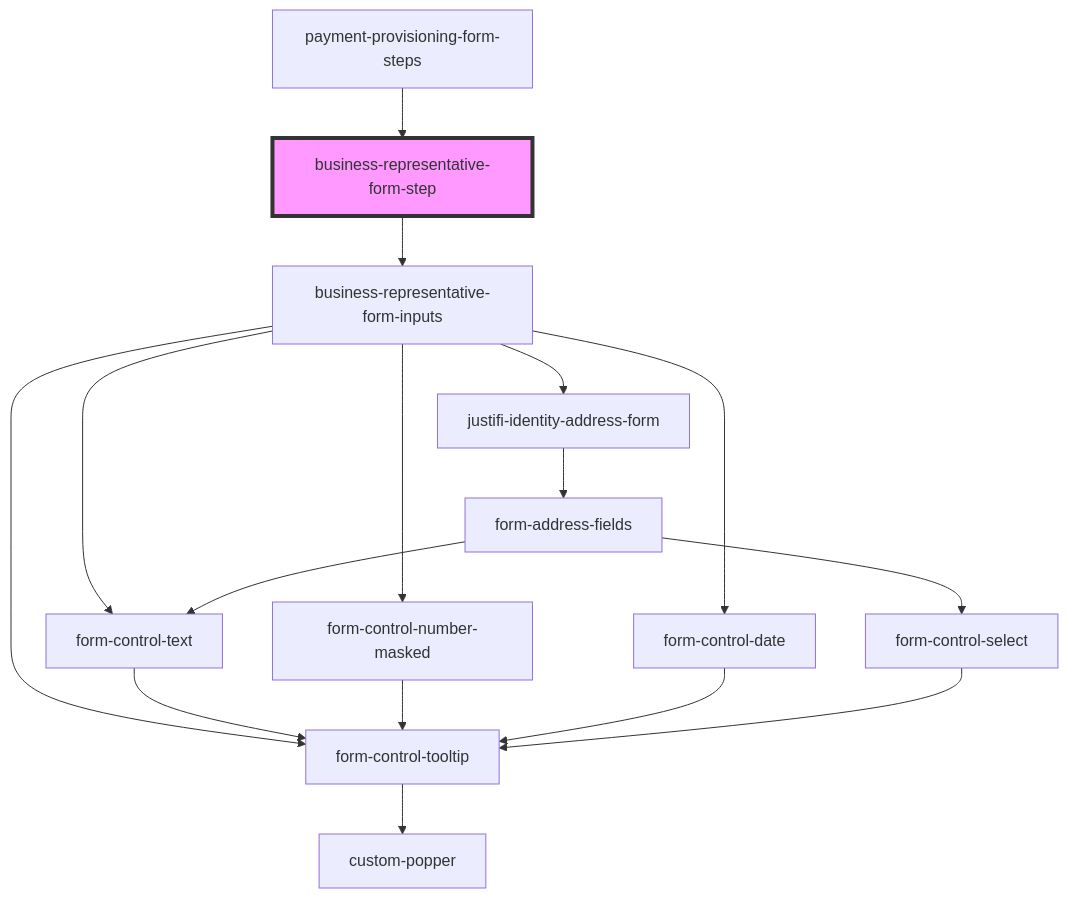
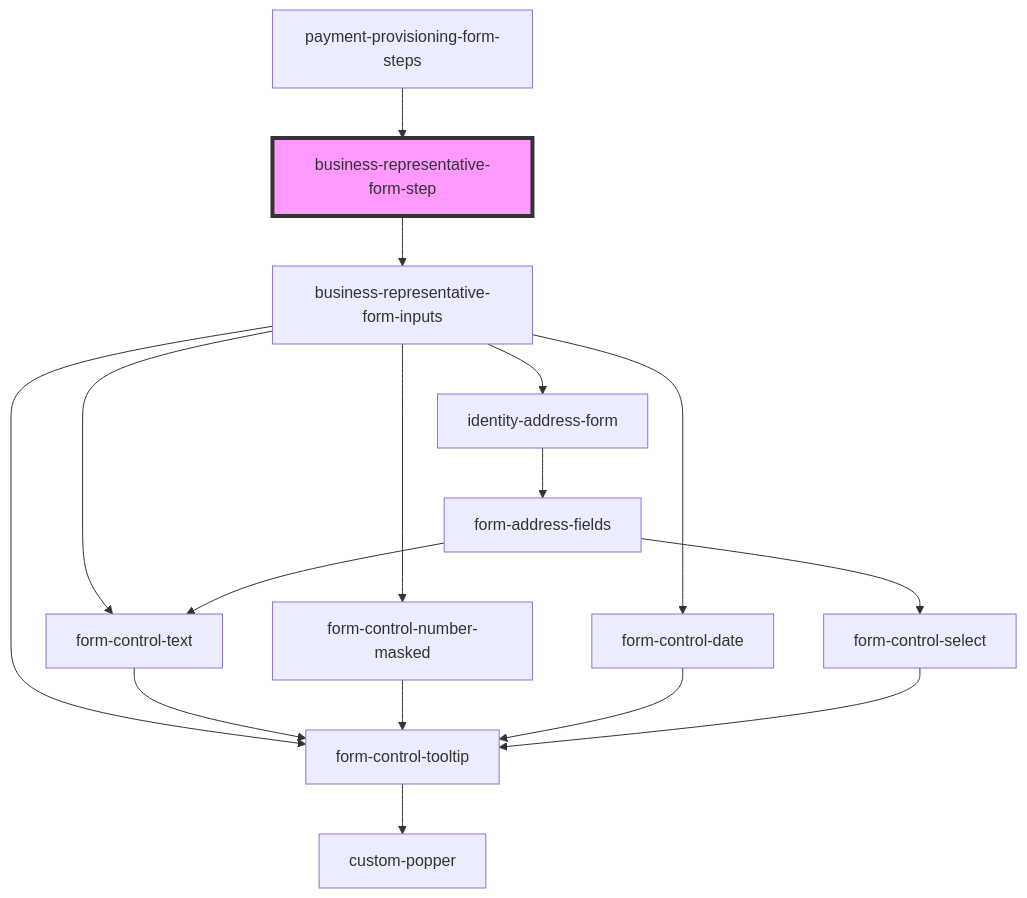
Before and after one commit to justifi-tech/web-component-library: the diagram in packages/webcomponents/src/components/business-forms/payment-provisioning/business-representative/README.md, drawn with Mermaid. The commit also changed 15 other files, not shown here.

````diff
--- a/packages/webcomponents/src/components/business-forms/payment-provisioning/business-representative/README.md
+++ b/packages/webcomponents/src/components/business-forms/payment-provisioning/business-representative/README.md
@@ -57,19 +57,19 @@
 ```mermaid
 graph TD;
   business-representative-form-step --> business-representative-form-inputs
   business-representative-form-inputs --> form-control-tooltip
   business-representative-form-inputs --> form-control-text
   business-representative-form-inputs --> form-control-number-masked
   business-representative-form-inputs --> form-control-date
-  business-representative-form-inputs --> justifi-identity-address-form
+  business-representative-form-inputs --> identity-address-form
   form-control-tooltip --> custom-popper
   form-control-text --> form-control-tooltip
   form-control-number-masked --> form-control-tooltip
   form-control-date --> form-control-tooltip
-  justifi-identity-address-form --> form-address-fields
+  identity-address-form --> form-address-fields
   form-address-fields --> form-control-text
   form-address-fields --> form-control-select
   form-control-select --> form-control-tooltip
   payment-provisioning-form-steps --> business-representative-form-step
   style business-representative-form-step fill:#f9f,stroke:#333,stroke-width:4px
 ```
````
